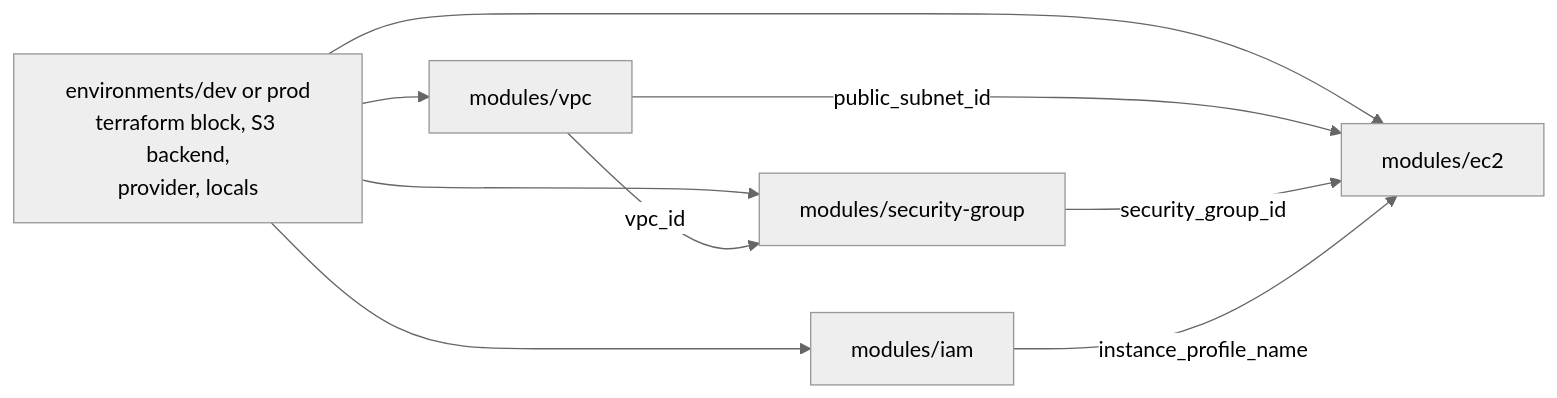
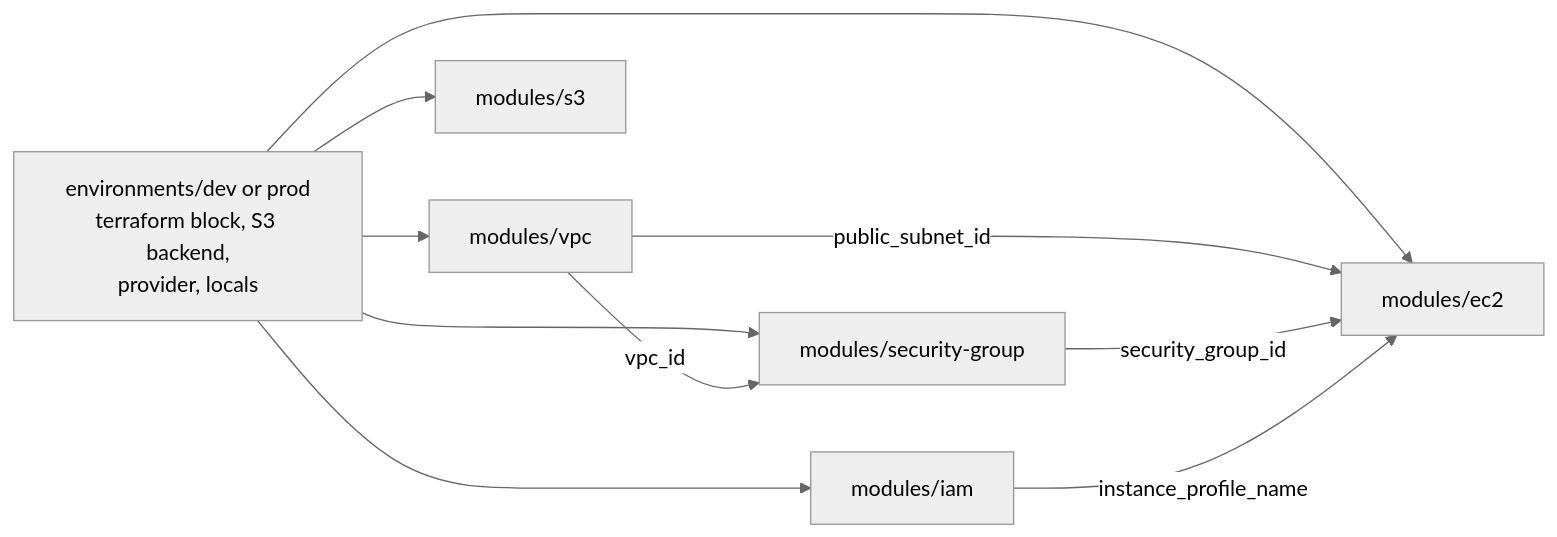
Before and after one commit to Shinn0x/aws-terraform-ansible-deployment-automation: the second of 2 diagrams in docs/architecture.md, drawn with Mermaid (neutral theme). The commit also changed other lines of this file and 12 other files, not shown here.

````diff
--- a/docs/architecture.md
+++ b/docs/architecture.md
@@ -80,11 +80,12 @@
 ```mermaid
 flowchart LR
     env["environments/dev or prod<br/>terraform block, S3 backend,<br/>provider, locals"] --> vpc[modules/vpc]
     env --> sg[modules/security-group]
     env --> iam[modules/iam]
     env --> ec2[modules/ec2]
+    env --> s3[modules/s3]
     vpc -->|vpc_id| sg
     vpc -->|public_subnet_id| ec2
     sg -->|security_group_id| ec2
     iam -->|instance_profile_name| ec2
 ```
````
